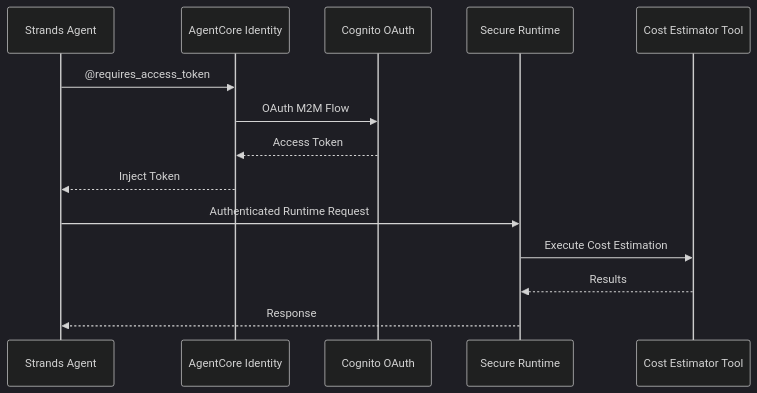
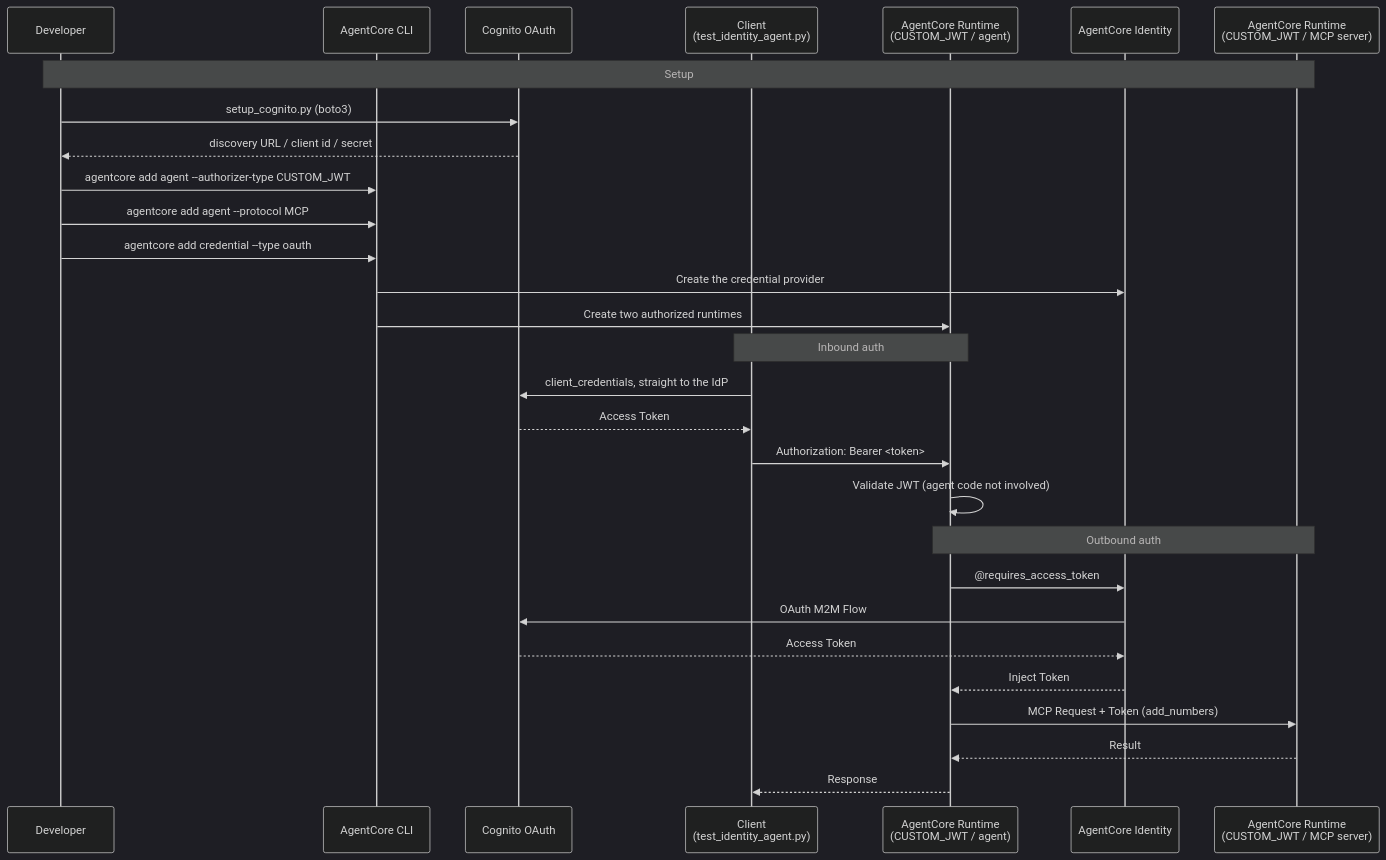
The diagram in 06_identity/README.md (aws-samples/sample-amazon-bedrock-agentcore-onboarding), drawn with Mermaid (dark theme) before and after one commit. The commit also changed other lines of this file and 68 other files, not shown here.

First line of the commit message:
feat: migrate labs from Starter Toolkit to AgentCore CLI

````diff
--- a/06_identity/README.md
+++ b/06_identity/README.md
@@ -9,17 +9,34 @@
 ```mermaid
 sequenceDiagram
-    participant Agent as Strands Agent
+    participant Dev as Developer
+    participant CLI as AgentCore CLI
+    participant Cognito as Cognito OAuth
+    participant Client as Client<br/>(test_identity_agent.py)
+    participant Runtime as AgentCore Runtime<br/>(CUSTOM_JWT / agent)
     participant Identity as AgentCore Identity
-    participant Cognito as Cognito OAuth
-    participant Runtime as Secure Runtime
-    participant Tool as Cost Estimator Tool
+    participant Mcp as AgentCore Runtime<br/>(CUSTOM_JWT / MCP server)
 
-    Agent->>Identity: @requires_access_token
+    Note over Dev,Mcp: Setup
+    Dev->>Cognito: setup_cognito.py (boto3)
+    Cognito-->>Dev: discovery URL / client id / secret
+    Dev->>CLI: agentcore add agent --authorizer-type CUSTOM_JWT
+    Dev->>CLI: agentcore add agent --protocol MCP
+    Dev->>CLI: agentcore add credential --type oauth
+    CLI->>Identity: Create the credential provider
+    CLI->>Runtime: Create two authorized runtimes
+
+    Note over Client,Runtime: Inbound auth
+    Client->>Cognito: client_credentials, straight to the IdP
+    Cognito-->>Client: Access Token
+    Client->>Runtime: Authorization: Bearer <token>
+    Runtime->>Runtime: Validate JWT (agent code not involved)
+
+    Note over Runtime,Mcp: Outbound auth
+    Runtime->>Identity: @requires_access_token
     Identity->>Cognito: OAuth M2M Flow
     Cognito-->>Identity: Access Token
-    Identity-->>Agent: Inject Token
-    Agent->>Runtime: Authenticated Runtime Request
-    Runtime->>Tool: Execute Cost Estimation
-    Tool-->>Runtime: Results
-    Runtime-->>Agent: Response
+    Identity-->>Runtime: Inject Token
+    Runtime->>Mcp: MCP Request + Token (add_numbers)
+    Mcp-->>Runtime: Result
+    Runtime-->>Client: Response
 ```
````
